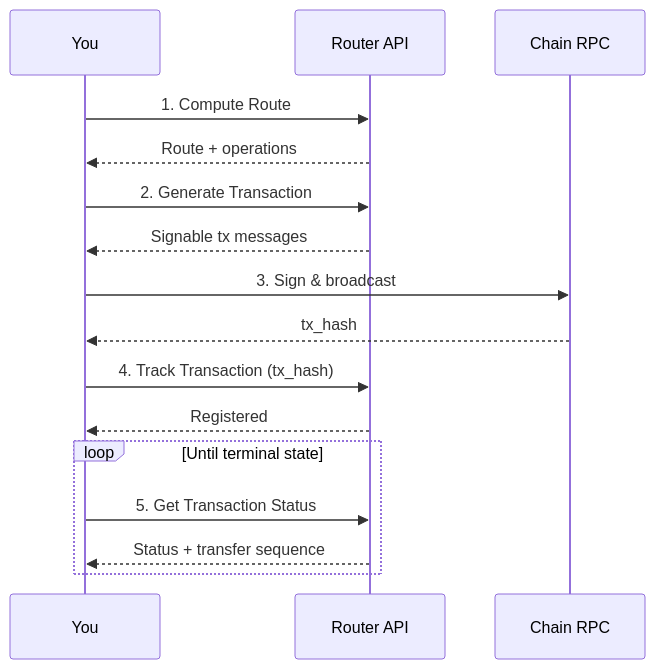
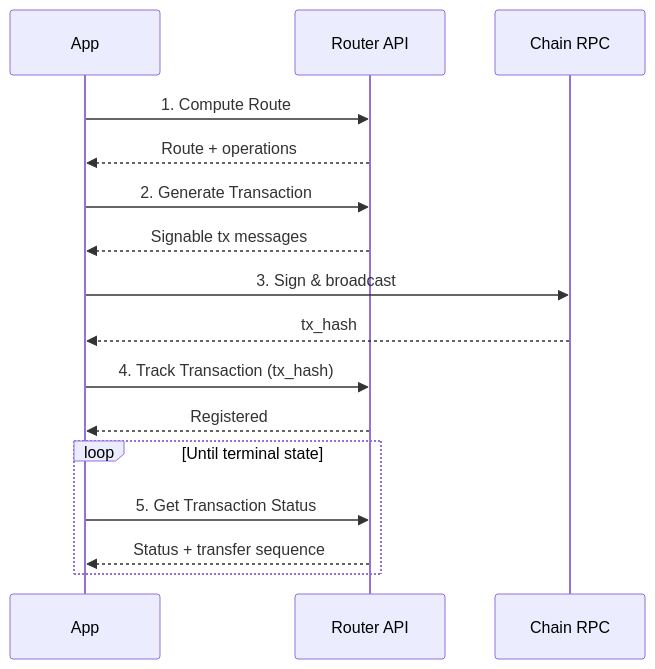
One commit to initia-labs/docs changed the diagram in api-reference/router-api/usage.mdx. Above: the diagram before and after it, drawn with Mermaid. The commit also changed other lines of this file and 1 other file, not shown here.

Commit message:
Remove icons from API Reference nav groups, switch usage.mdx to third person

````diff
--- a/api-reference/router-api/usage.mdx
+++ b/api-reference/router-api/usage.mdx
@@ -12,23 +12,23 @@
 ```mermaid
 sequenceDiagram
-    participant You
+    participant App
     participant Router API
     participant Chain RPC
 
-    You->>Router API: 1. Compute Route
-    Router API-->>You: Route + operations
+    App->>Router API: 1. Compute Route
+    Router API-->>App: Route + operations
 
-    You->>Router API: 2. Generate Transaction
-    Router API-->>You: Signable tx messages
+    App->>Router API: 2. Generate Transaction
+    Router API-->>App: Signable tx messages
 
-    You->>Chain RPC: 3. Sign & broadcast
-    Chain RPC-->>You: tx_hash
+    App->>Chain RPC: 3. Sign & broadcast
+    Chain RPC-->>App: tx_hash
 
-    You->>Router API: 4. Track Transaction (tx_hash)
-    Router API-->>You: Registered
+    App->>Router API: 4. Track Transaction (tx_hash)
+    Router API-->>App: Registered
 
     loop Until terminal state
-        You->>Router API: 5. Get Transaction Status
-        Router API-->>You: Status + transfer sequence
+        App->>Router API: 5. Get Transaction Status
+        Router API-->>App: Status + transfer sequence
     end
 ```
````
